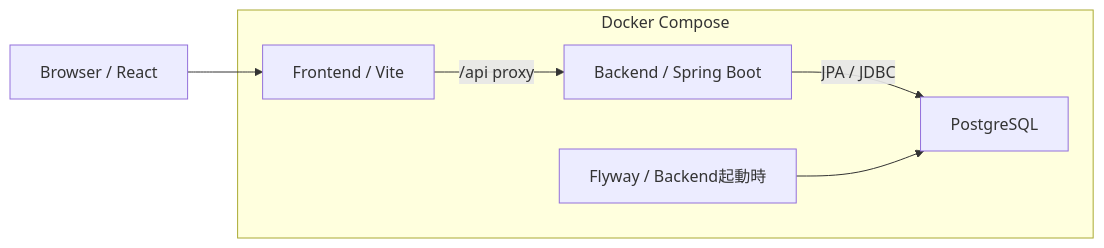
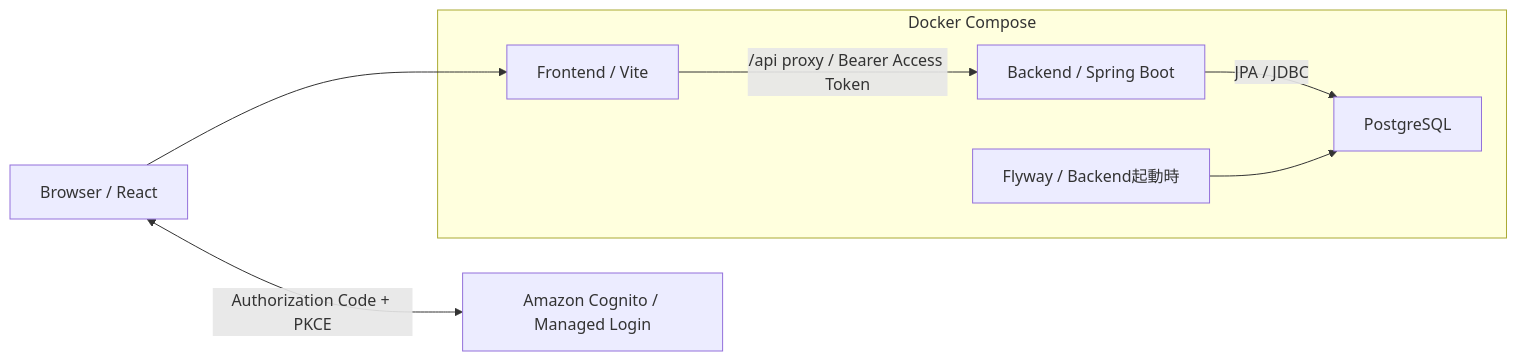
The diagram in README.md (akihirotakeda1111/seat-reservation-app), drawn with Mermaid before and after one commit. The commit also changed other lines of this file and 6 other files, not shown here.

````diff
--- a/README.md
+++ b/README.md
@@ -39,9 +40,10 @@
 ```mermaid
 flowchart LR
-    Browser["Browser / React"] --> Frontend["Frontend / Vite"]
+    Browser["Browser / React"] <-->|"Authorization Code + PKCE"| Cognito["Amazon Cognito / Managed Login"]
+    Browser --> Frontend["Frontend / Vite"]
     subgraph Compose["Docker Compose"]
-        Frontend -->|"/api proxy"| Backend["Backend / Spring Boot"]
+        Frontend -->|"/api proxy / Bearer Access Token"| Backend["Backend / Spring Boot"]
         Backend -->|"JPA / JDBC"| DB["PostgreSQL"]
         Flyway["Flyway / Backend起動時"] --> DB
     end
 ```
````
